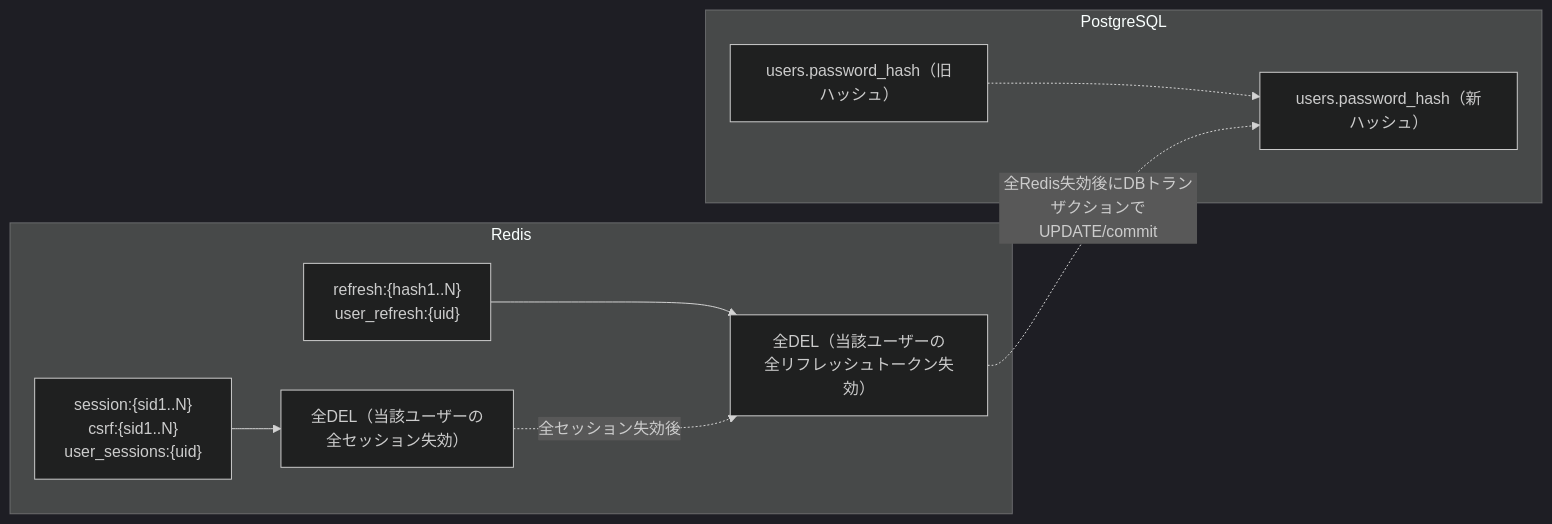
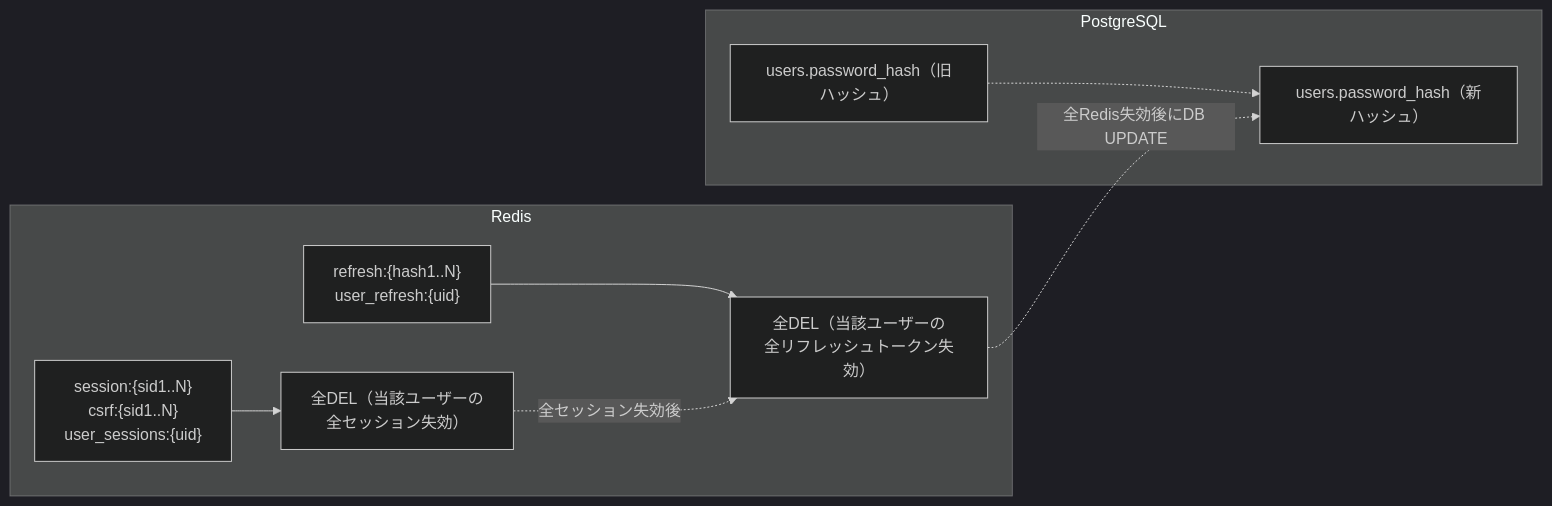
One commit to oikawa-d/task_management changed the fourth of 4 diagrams in docs/detailed_design/api/users/03_put_users_me_password.md. Above: the diagram before and after it, drawn with Mermaid (dark theme). The commit also changed other lines of this file and 2 other files, not shown here.

````diff
--- a/docs/detailed_design/api/users/03_put_users_me_password.md
+++ b/docs/detailed_design/api/users/03_put_users_me_password.md
@@ -221,12 +221,12 @@
 ```mermaid
 flowchart LR
     subgraph PG["PostgreSQL"]
         U1["users.password_hash（旧ハッシュ）"] -.-> U2["users.password_hash（新ハッシュ）"]
     end
     subgraph RD["Redis"]
         S1["session:{sid1..N}<br/>csrf:{sid1..N}<br/>user_sessions:{uid}"] --> S2["全DEL（当該ユーザーの<br/>全セッション失効）"]
         F1["refresh:{hash1..N}<br/>user_refresh:{uid}"] --> F2["全DEL（当該ユーザーの<br/>全リフレッシュトークン失効）"]
     end
     S2 -.->|"全セッション失効後"| F2
-    F2 -.->|"全Redis失効後にDBトランザクションでUPDATE/commit"| U2
+    F2 -.->|"全Redis失効後にDB UPDATE"| U2
 ```
````
